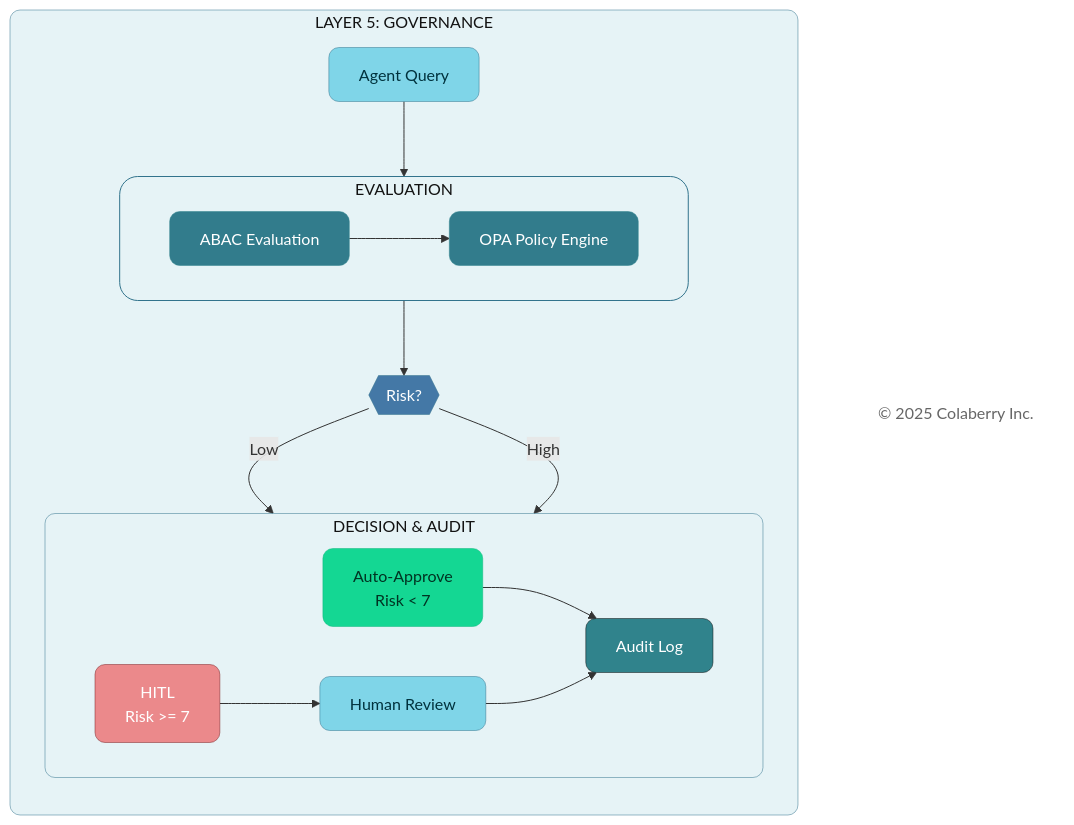
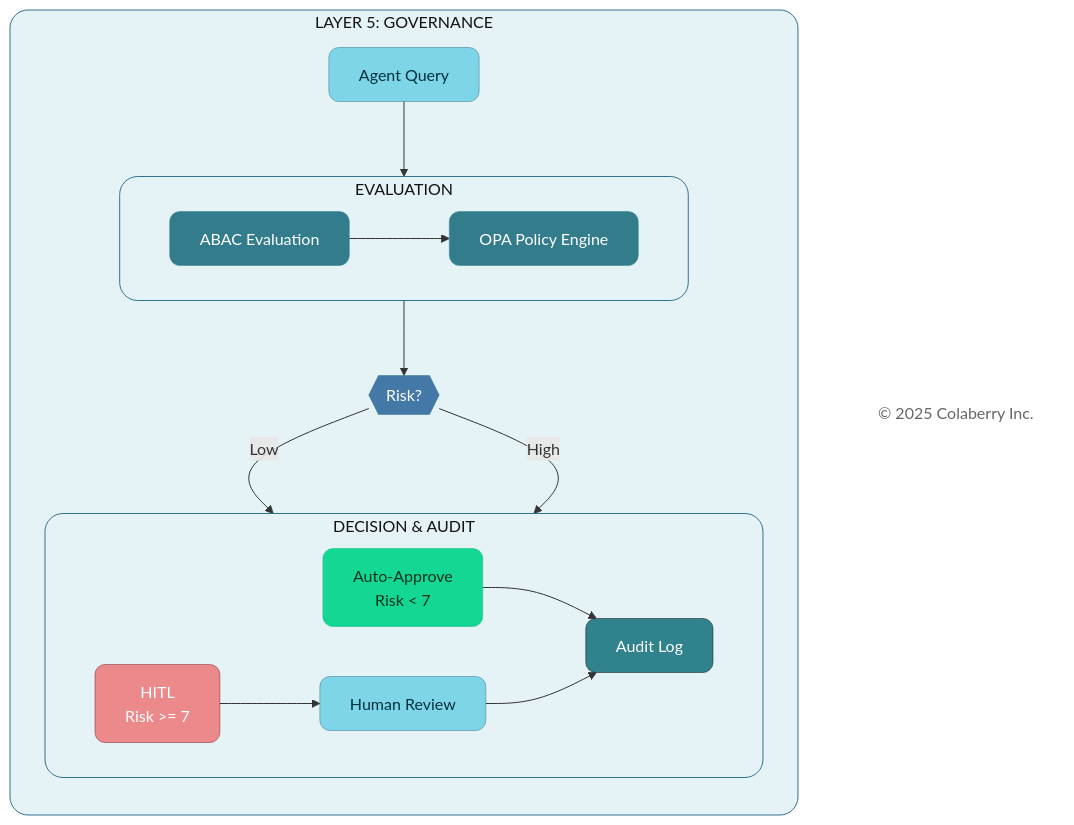
One commit to saitejesh-cyber/trust-before-intelligence-book changed the fourth of 14 diagrams in manuscript/07_chapter_6_transparency_orchestration_layers.md. Above: the diagram before and after it, drawn with Mermaid. The commit also changed 2 other files, not shown here.

Commit message:
broder width correction

````diff
--- a/manuscript/07_chapter_6_transparency_orchestration_layers.md
+++ b/manuscript/07_chapter_6_transparency_orchestration_layers.md
@@ -323,45 +323,45 @@
 ```mermaid
 
 graph TB
     subgraph LAYER5["LAYER 5: GOVERNANCE"]
         direction TB
         Query["Agent Query"]
         
         subgraph EVAL["EVALUATION"]
             direction LR
             ABAC["ABAC Evaluation"]
             OPA["OPA Policy Engine"]
             ABAC --> OPA
         end
         
         Risk{{"Risk?"}}
         
         subgraph DECISION["DECISION & AUDIT"]
             direction LR
             Auto["Auto-Approve<br/>Risk < 7"]
             HITL["HITL<br/>Risk >= 7"]
             Human["Human Review"]
             Audit["Audit Log"]
         end
     end
     
     Copyright["© 2025 Colaberry Inc."]
     
     Query --> EVAL --> Risk
     Risk -->|"Low"| Auto --> Audit
     Risk -->|"High"| HITL --> Human --> Audit
     
-    style LAYER5 fill:#E6F3F6,stroke:#32738C,stroke-width:0.5px,color:#121212,rx:10,ry:10
+    style LAYER5 fill:#E6F3F6,stroke:#32738C,stroke-width:1px,color:#121212,rx:18,ry:18
     style Query fill:#7FD5E8,stroke:#32738C,stroke-width:0.5px,color:#00323D,rx:10,ry:10
     style EVAL fill:#E6F3F6,stroke:#32738C,stroke-width:1px,color:#121212,rx:18,ry:18
     style ABAC fill:#327C8C,stroke:#30838C,stroke-width:0.5px,color:#ffffff,rx:10,ry:10
     style OPA fill:#327C8C,stroke:#30838C,stroke-width:0.5px,color:#ffffff,rx:10,ry:10
     style Risk fill:#4478A6,stroke:#32738C,stroke-width:0.5px,color:#ffffff,rx:10,ry:10
-    style DECISION fill:#E6F3F6,stroke:#32738C,stroke-width:0.5px,color:#121212,rx:10,ry:10
+    style DECISION fill:#E6F3F6,stroke:#32738C,stroke-width:1px,color:#121212,rx:18,ry:18
     style Auto fill:#14D793,color:#003322,stroke:#0FB67D,stroke-width:0.5px,rx:10,ry:10
     style HITL fill:#EB898B,color:#ffffff,stroke:#7A1F22,stroke-width:0.5px,rx:10,ry:10
     style Human fill:#7FD5E8,stroke:#32738C,stroke-width:0.5px,color:#00323D,rx:10,ry:10
     style Audit fill:#30838C,color:#ffffff,stroke:#0D0D0D,stroke-width:0.5px,rx:10,ry:10
     style Copyright fill:none,stroke:none,color:#666666
 
 ```
````
